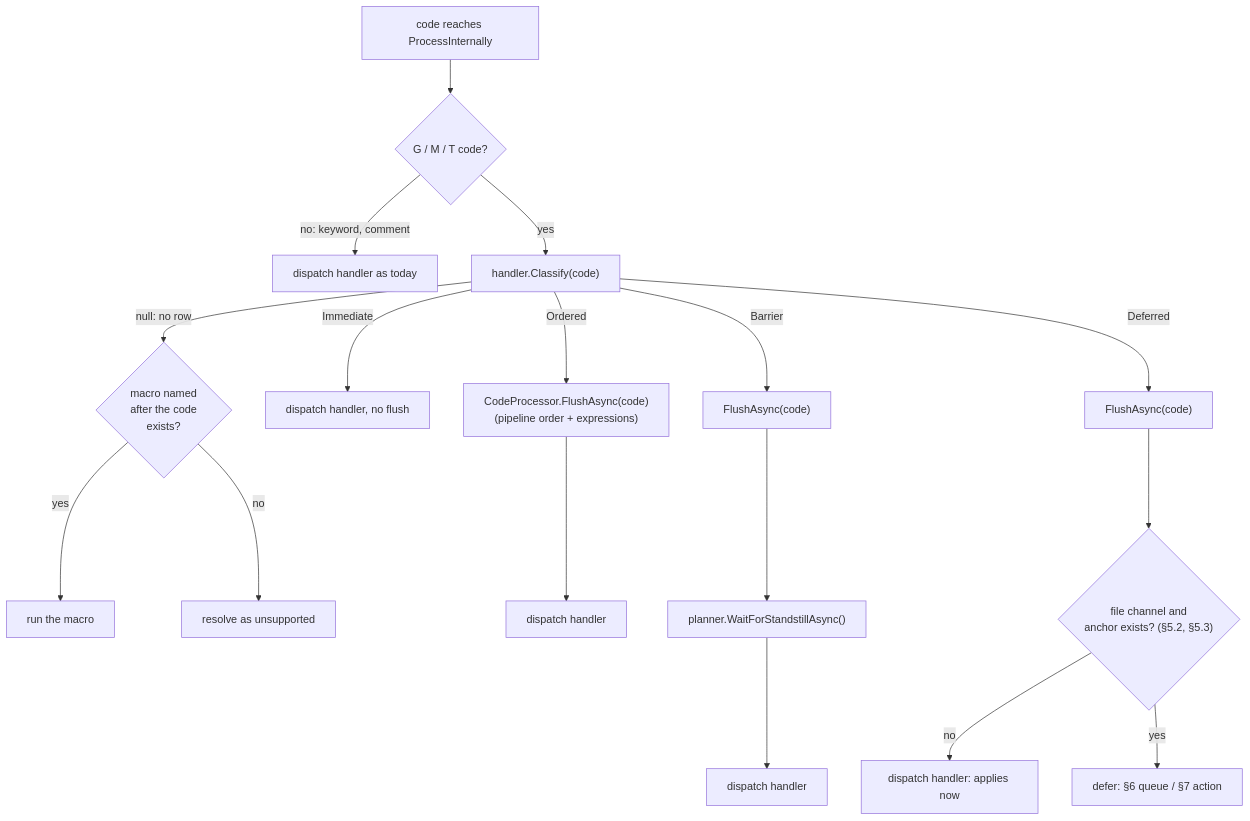
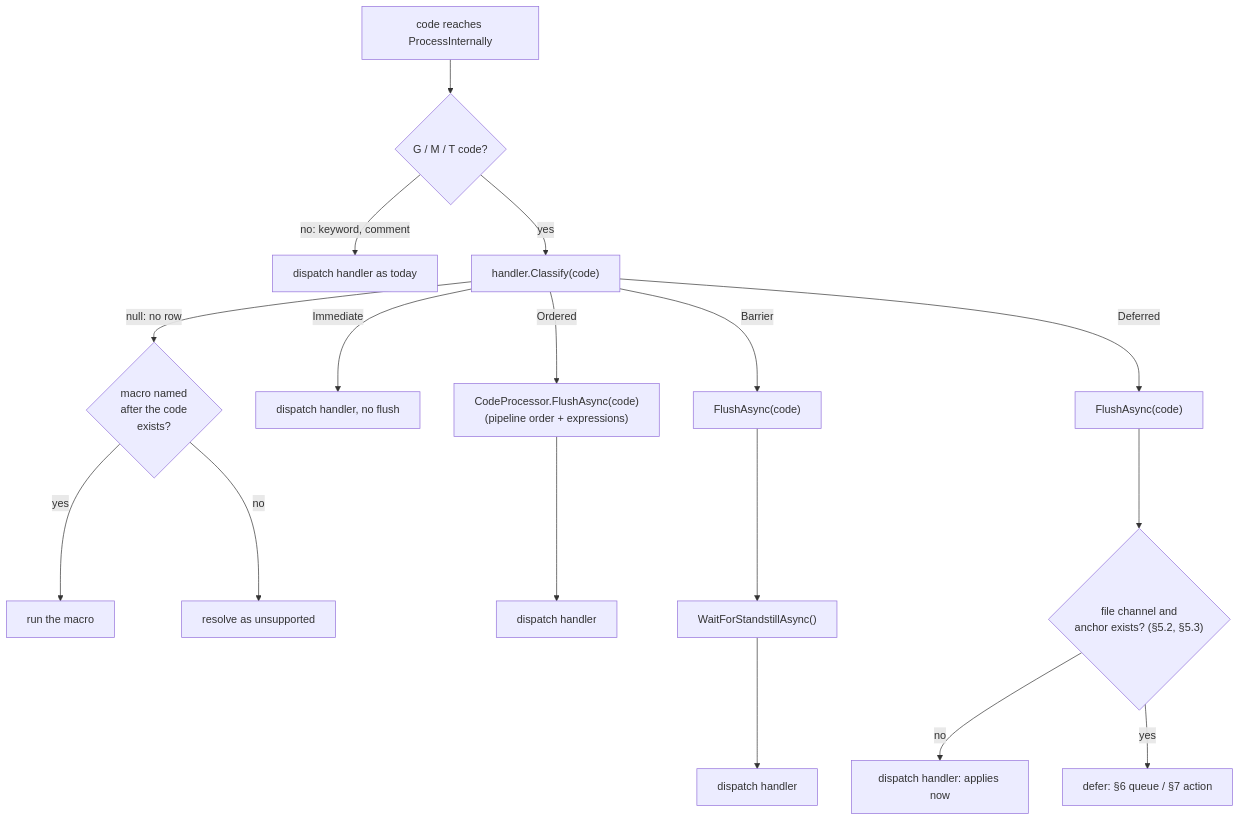
One commit to Duet3D/DuetSoftwareFramework changed the first of 3 diagrams in docs/devel/MOTION_SYNCHRONISED_ACTIONS.md. Above: the diagram before and after it, drawn with Mermaid. The commit also changed other lines of this file and 16 other files, not shown here.

````diff
--- a/docs/devel/MOTION_SYNCHRONISED_ACTIONS.md
+++ b/docs/devel/MOTION_SYNCHRONISED_ACTIONS.md
@@ -332,15 +268,15 @@
 ```mermaid
 flowchart TD
     A[code reaches ProcessInternally] --> B{G / M / T code?}
     B -- no: keyword, comment --> D0[dispatch handler as today]
     B -- yes --> C["handler.Classify(code)"]
     C -- "null: no row" --> M0{"macro named<br/>after the code<br/>exists?"}
     M0 -- yes --> M1[run the macro]
     M0 -- no --> M2["resolve as unsupported"]
     C -- Immediate --> D1[dispatch handler, no flush]
     C -- Ordered --> F1["CodeProcessor.FlushAsync(code)<br/>(pipeline order + expressions)"] --> D2[dispatch handler]
-    C -- Barrier --> F2["FlushAsync(code)"] --> W["planner.WaitForStandstillAsync()"] --> D3[dispatch handler]
+    C -- Barrier --> F2["FlushAsync(code)"] --> W["WaitForStandstillAsync()"] --> D3[dispatch handler]
     C -- Deferred --> F3["FlushAsync(code)"] --> G{"file channel and<br/>anchor exists? (§5.2, §5.3)"}
     G -- no --> D4[dispatch handler: applies now]
     G -- yes --> H["defer: §6 queue / §7 action"]
 ```
````
